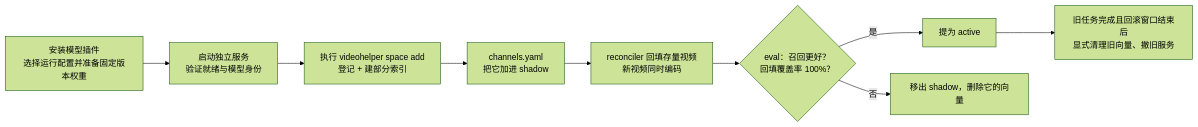
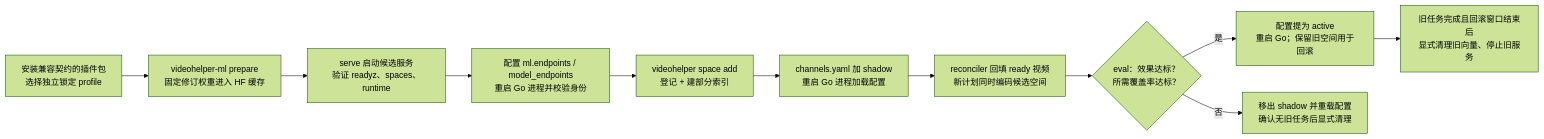
Diagram 15 of 19 in docs/design.md (realOzine/videohelper), drawn with Mermaid (forest theme) before and after one commit. The commit also changed other lines of this file, not shown here.

Commit message:
docs: align design diagrams with model plugins

````diff
--- a/docs/design.md
+++ b/docs/design.md
@@ -612,11 +631,13 @@
 ```mermaid
 flowchart LR
-  A["安装模型插件<br/>选择运行配置并准备固定版本权重"] --> B["启动独立服务<br/>验证就绪与模型身份"]
-  B --> C["执行 videohelper space add<br/>登记 + 建部分索引"]
-  C --> D["channels.yaml<br/>把它加进 shadow"]
-  D --> E["reconciler 回填存量视频<br/>新视频同时编码"]
-  E --> F{"eval：召回更好？<br/>回填覆盖率 100%？"}
-  F -->|"是"| G["提为 active"]
-  F -->|"否"| H["移出 shadow，删除它的向量"]
-  G --> I["旧任务完成且回滚窗口结束后<br/>显式清理旧向量、撤旧服务"]
+  A["安装兼容契约的插件包<br/>选择独立锁定 profile"] --> P["videohelper-ml prepare<br/>固定修订权重进入 HF 缓存"]
+  P --> B["serve 启动候选服务<br/>验证 readyz、spaces、runtime"]
+  B --> EP["配置 ml.endpoints / model_endpoints<br/>重启 Go 进程并校验身份"]
+  EP --> C["videohelper space add<br/>登记 + 建部分索引"]
+  C --> D["channels.yaml 加 shadow<br/>重启 Go 进程加载配置"]
+  D --> E["reconciler 回填 ready 视频<br/>新计划同时编码候选空间"]
+  E --> F{"eval：效果达标？<br/>所需覆盖率达标？"}
+  F -->|"是"| G["配置提为 active<br/>重启 Go；保留旧空间用于回滚"]
+  F -->|"否"| H["移出 shadow 并重载配置<br/>确认无旧任务后显式清理"]
+  G --> I["旧任务完成且回滚窗口结束后<br/>显式清理旧向量、停止旧服务"]
 ```
````
